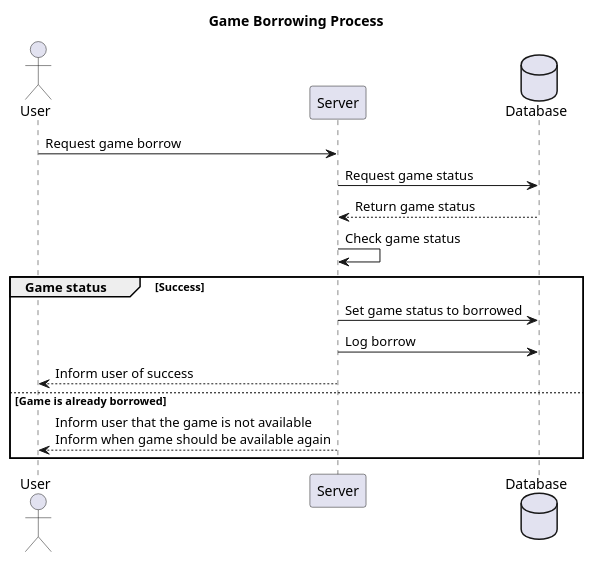
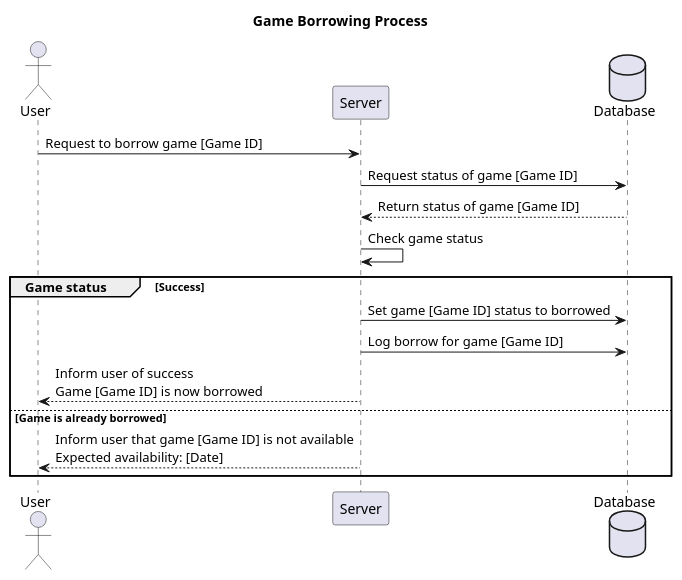
One commit to joovil/vehkavaraus changed the diagram in docs/user_sequence_diagram.plantuml. Above: the diagram before and after it, drawn with PlantUML. The commit also changed 5 other files, not shown here.

```diff
--- a/docs/user_sequence_diagram.plantuml
+++ b/docs/user_sequence_diagram.plantuml
@@ -1,24 +1,22 @@
 @startuml Sequence_diagram
 
 title Game Borrowing Process
 
 actor User
 participant Server
 database Database
 
-User -> Server : Request game borrow
-
-Server -> Database : Request game status
-Database --> Server : Return game status
+User -> Server : Request to borrow game [Game ID]
+Server -> Database : Request status of game [Game ID]
+Database --> Server : Return status of game [Game ID]
 Server -> Server : Check game status
 
 group Game status [Success]
-  Server -> Database : Set game status to borrowed
-  Server -> Database : Log borrow
-  Server --> User : Inform user of success
-
+  Server -> Database : Set game [Game ID] status to borrowed
+  Server -> Database : Log borrow for game [Game ID]
+  Server --> User : Inform user of success\nGame [Game ID] is now borrowed
 else Game is already borrowed
-  Server --> User : Inform user that the game is not available\nInform when game should be available again
+  Server --> User : Inform user that game [Game ID] is not available\nExpected availability: [Date]
 end
 
 @enduml
```
